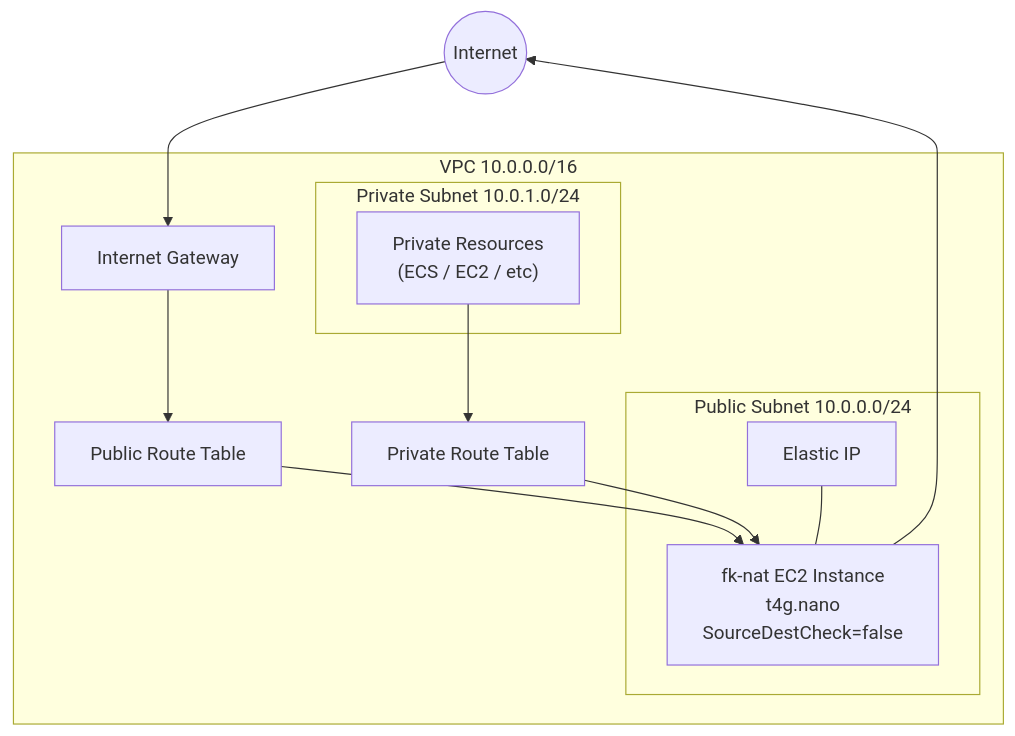
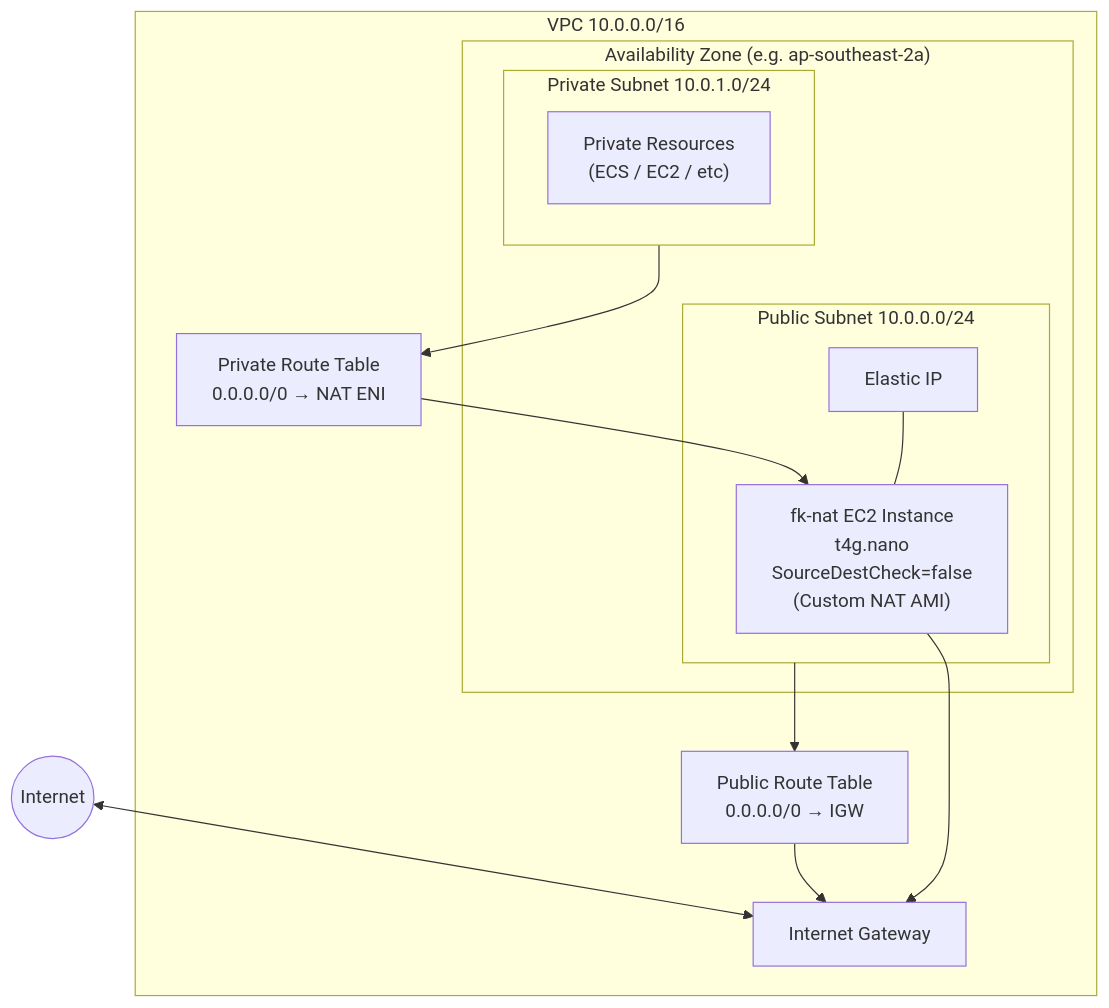
One commit to Chr1sC0de/energy-market-delta-lake changed the diagram in infrastructure/aws-pulumi/docs/vpc.md. Above: the diagram before and after it, drawn with Mermaid. The commit also changed other lines of this file and 209 other files, not shown here.

````diff
--- a/infrastructure/aws-pulumi/docs/vpc.md
+++ b/infrastructure/aws-pulumi/docs/vpc.md
@@ -3,41 +3,56 @@
 ```mermaid
 flowchart TB
 
     Internet((Internet))
 
     subgraph VPC["VPC 10.0.0.0/16"]
 
         IGW[Internet Gateway]
 
-        subgraph PublicSubnet["Public Subnet 10.0.0.0/24"]
+        subgraph AZ1["Availability Zone (e.g. ap-southeast-2a)"]
 
-            NAT["fk-nat EC2 Instance
-            t4g.nano
-            SourceDestCheck=false"]
+            subgraph PublicSubnet["Public Subnet 10.0.0.0/24"]
 
-            EIP["Elastic IP"]
+                NAT["fk-nat EC2 Instance
+                t4g.nano
+                SourceDestCheck=false
+                (Custom NAT AMI)"]
+
+                EIP["Elastic IP"]
+            end
+
+            subgraph PrivateSubnet["Private Subnet 10.0.1.0/24"]
+
+                PrivateWorkloads["Private Resources
+                (ECS / EC2 / etc)"]
+            end
+
         end
 
-        subgraph PrivateSubnet["Private Subnet 10.0.1.0/24"]
+        PublicRT["Public Route Table
+        0.0.0.0/0 → IGW"]
 
-            PrivateWorkloads["Private Resources
-            (ECS / EC2 / etc)"]
-        end
-
-        PublicRT["Public Route Table"]
-        PrivateRT["Private Route Table"]
+        PrivateRT["Private Route Table
+        0.0.0.0/0 → NAT ENI"]
 
     end
 
-    Internet --> IGW
+    %% Internet connectivity
+    Internet <--> IGW
 
-    IGW --> PublicRT
-    PublicRT --> NAT
+    %% Route table associations (subnet-level, not resource-level)
+    PublicSubnet --> PublicRT
+    PrivateSubnet --> PrivateRT
 
-    NAT --> Internet
+    %% Public subnet routing
+    PublicRT --> IGW
 
-    PrivateWorkloads --> PrivateRT
+    %% Private subnet routing via NAT
     PrivateRT --> NAT
 
+    %% NAT instance behavior
+    NAT --> IGW
+
+    %% EIP association
     EIP --- NAT
 ```
````
